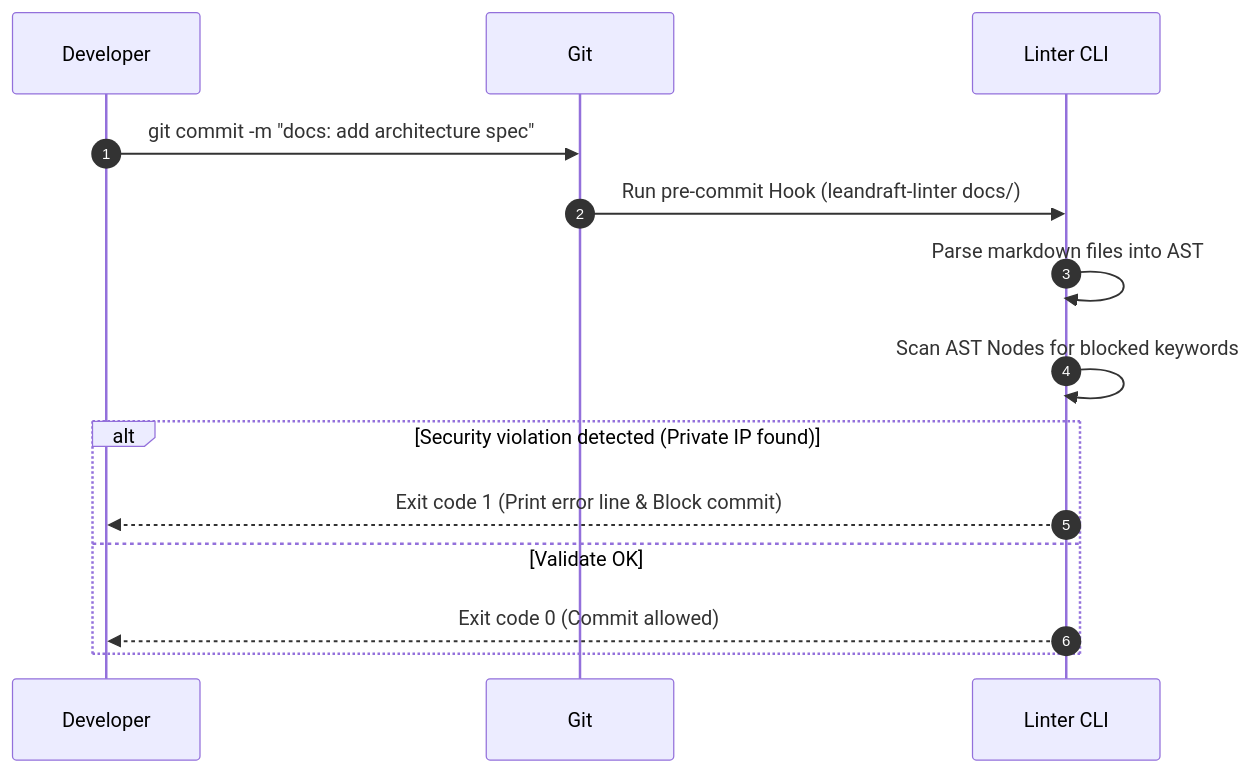
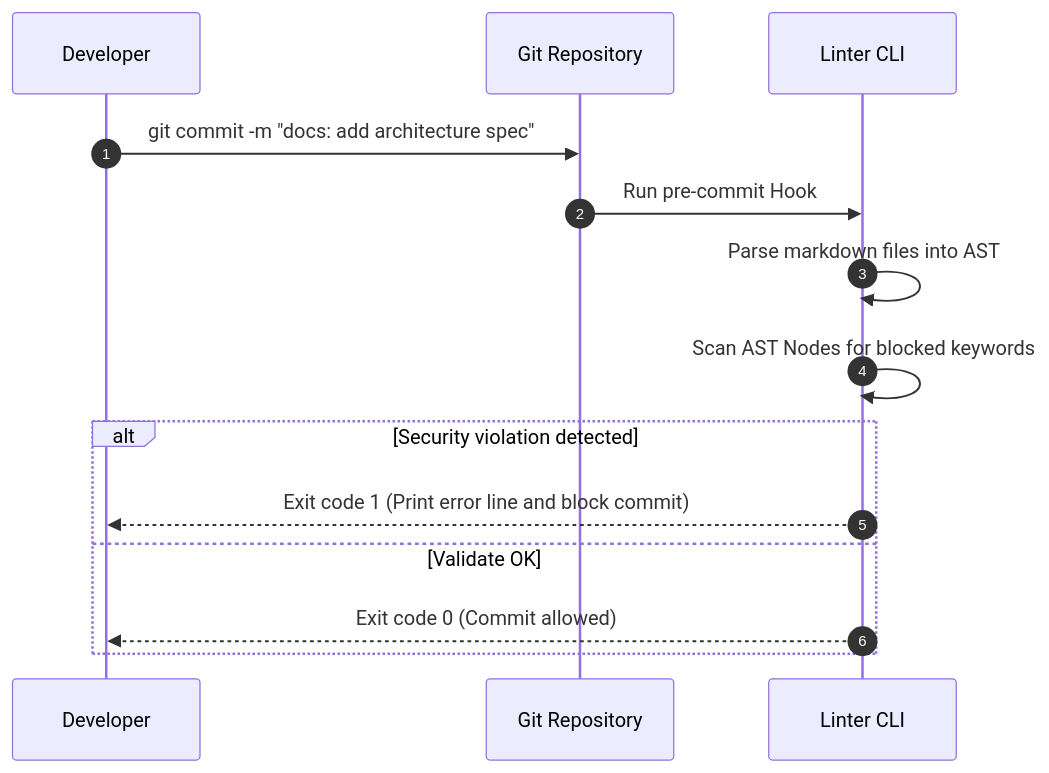
The second of 2 diagrams in docs/projects/leandraft-linter.md (devcy0922/devcy0922.github.io), drawn with Mermaid before and after one commit. The commit also changed 49 other files, not shown here.

Commit message:
fix: remove image config, improve hero text style, and fix mermaid sequenceDiagram syntax

````diff
--- a/docs/projects/leandraft-linter.md
+++ b/docs/projects/leandraft-linter.md
@@ -45,13 +45,17 @@
 ```mermaid
 sequenceDiagram
     autonumber
+    participant Developer as Developer
+    participant Git as Git Repository
+    participant Linter as Linter CLI
+
     Developer->>Git: git commit -m "docs: add architecture spec"
-    Git->>Linter CLI: Run pre-commit Hook (leandraft-linter docs/)
-    Linter CLI->>Linter CLI: Parse markdown files into AST
-    Linter CLI->>Linter CLI: Scan AST Nodes for blocked keywords
-    alt Security violation detected (Private IP found)
-        Linter CLI-->>Developer: Exit code 1 (Print error line & Block commit)
+    Git->>Linter: Run pre-commit Hook
+    Linter->>Linter: Parse markdown files into AST
+    Linter->>Linter: Scan AST Nodes for blocked keywords
+    alt Security violation detected
+        Linter-->>Developer: Exit code 1 (Print error line and block commit)
     else Validate OK
-        Linter CLI-->>Developer: Exit code 0 (Commit allowed)
+        Linter-->>Developer: Exit code 0 (Commit allowed)
     end
 ```
````
